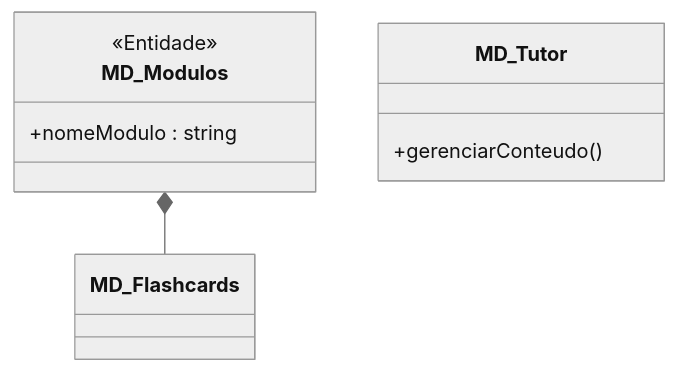
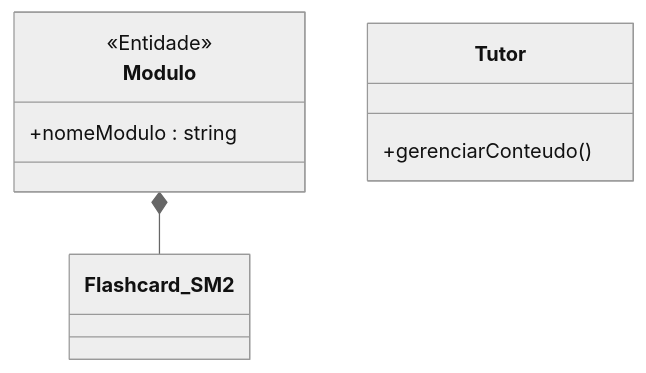
Before and after one commit to MayconDIS/PIM_III-Documentacao_UML: the first of 2 diagrams in PIM_III/02_Modelagem_UML_Astah/UC05_Gerenciar_Conteudo_Cartas/README.md, drawn with Mermaid (neutral theme). The commit also changed other lines of this file and 86 other files, not shown here.

Commit message:
docs(uml): add comprehensive UML diagrams and tutorials for all 15 use cases

````diff
--- a/PIM_III/02_Modelagem_UML_Astah/UC05_Gerenciar_Conteudo_Cartas/README.md
+++ b/PIM_III/02_Modelagem_UML_Astah/UC05_Gerenciar_Conteudo_Cartas/README.md
@@ -40,11 +40,11 @@
 ```mermaid
 classDiagram
-    MD_Modulos *-- MD_Flashcards
-    class MD_Tutor {
+    Modulo *-- Flashcard_SM2
+    class Tutor {
         +gerenciarConteudo()
     }
-    class MD_Modulos {
+    class Modulo {
         <<Entidade>>
         +nomeModulo : string
     }
 ```
````
